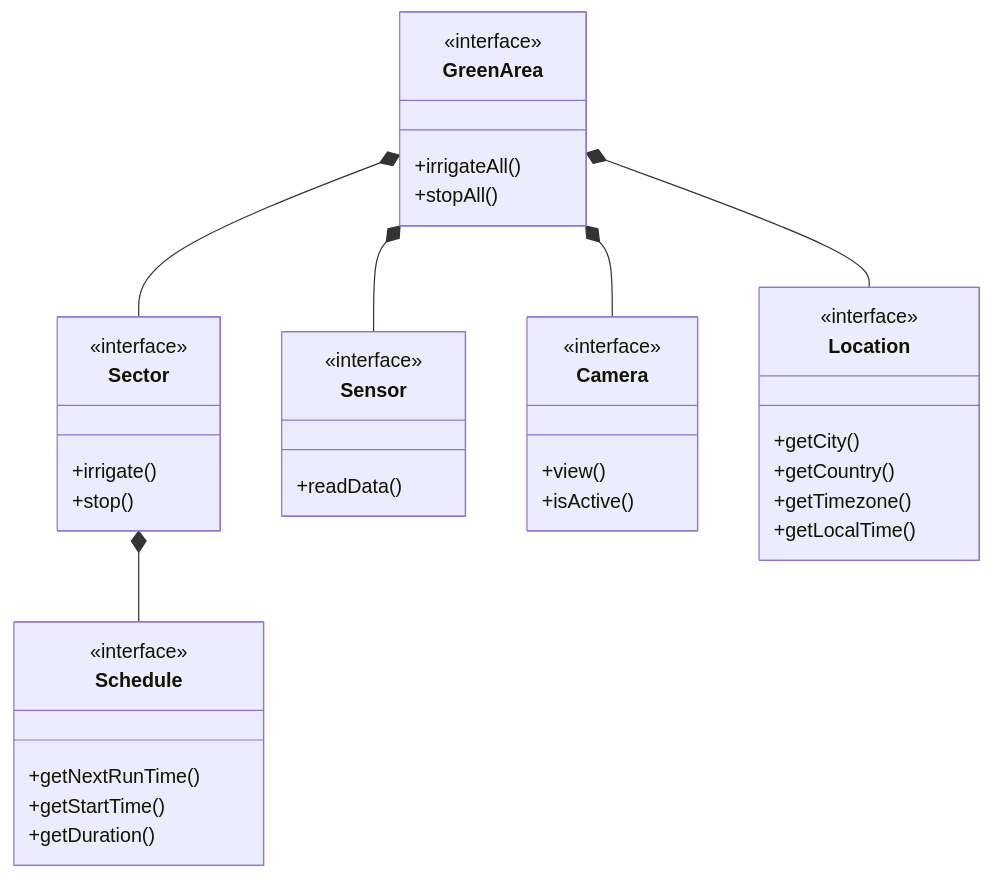
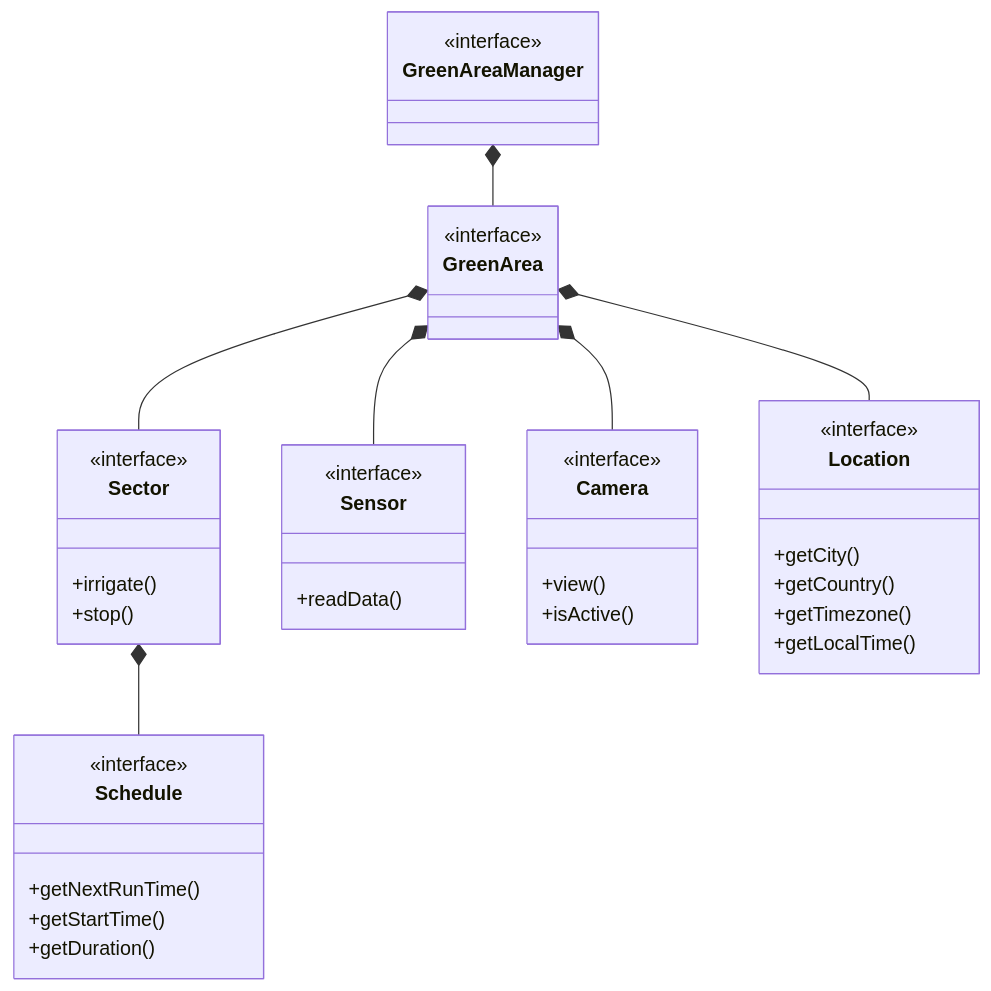
Before and after one commit to filippo16/pss-23-24-SystemGarden-Lutterotti: the diagram in README.md, drawn with Mermaid. The commit also changed other lines of this file, not shown here.

Commit message:
Update uml diagrams

````diff
--- a/README.md
+++ b/README.md
@@ -51,48 +51,52 @@
 ```mermaid
 classDiagram
 
+class GreenAreaManager {
+    <<interface>>
+}
+
 class GreenArea {
-    +irrigateAll()
-    +stopAll()
+
 }
 <<interface>> GreenArea
 
 class Sector {
     +irrigate()
     +stop()
 }
 <<interface>> Sector
 
 class Schedule {
     +getNextRunTime()
     +getStartTime()
     +getDuration() 
 }
 <<interface>> Schedule
 
 class Sensor {
     +readData()
 }
 <<interface>> Sensor
 
 class Camera {
     +view()
     +isActive()
 }
 <<interface>> Camera
 
 class Location {
     +getCity()
     +getCountry()
     +getTimezone()
     +getLocalTime()
 }
 <<interface>> Location
 
+GreenAreaManager *-- GreenArea
 GreenArea *-- Sector
 GreenArea *-- Sensor
 GreenArea *-- Camera
 GreenArea *-- Location
 Sector *-- Schedule
 
 ```
````
